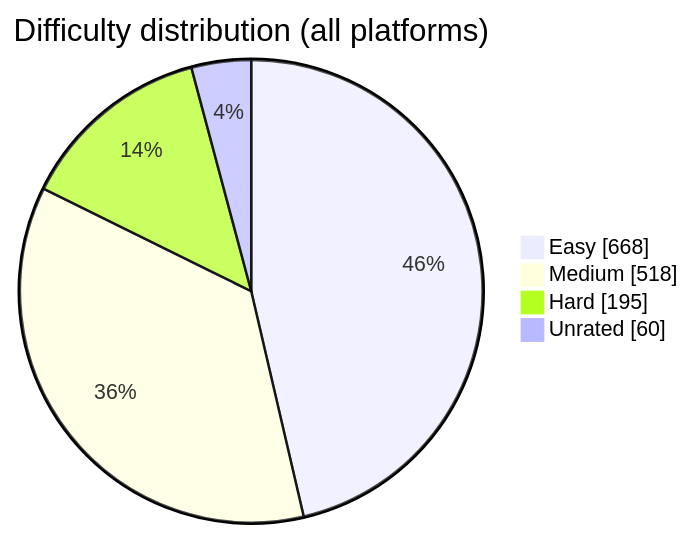
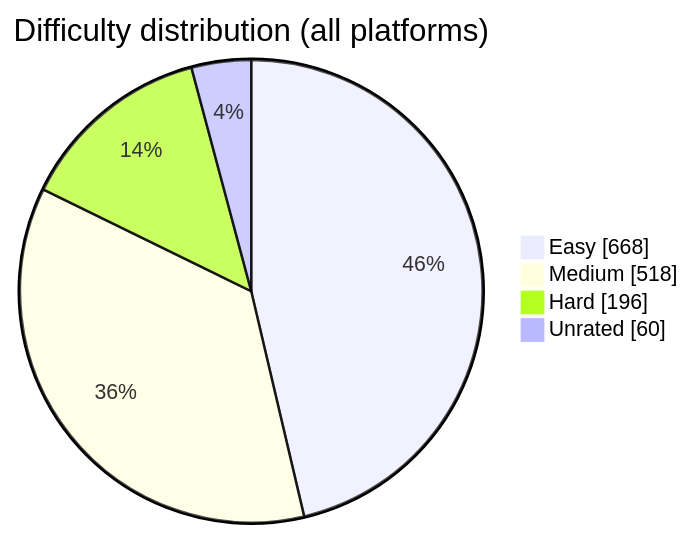
One commit to BuildbyArindam/Daily-Coding-Log changed the diagram in README.md. Above: the diagram before and after it, drawn with Mermaid. The commit also changed other lines of this file, not shown here.

````diff
--- a/README.md
+++ b/README.md
@@ -93,7 +93,7 @@
 ```mermaid
 pie showData title Difficulty distribution (all platforms)
     "Easy" : 668
     "Medium" : 518
-    "Hard" : 195
+    "Hard" : 196
     "Unrated" : 60
 ```
````
